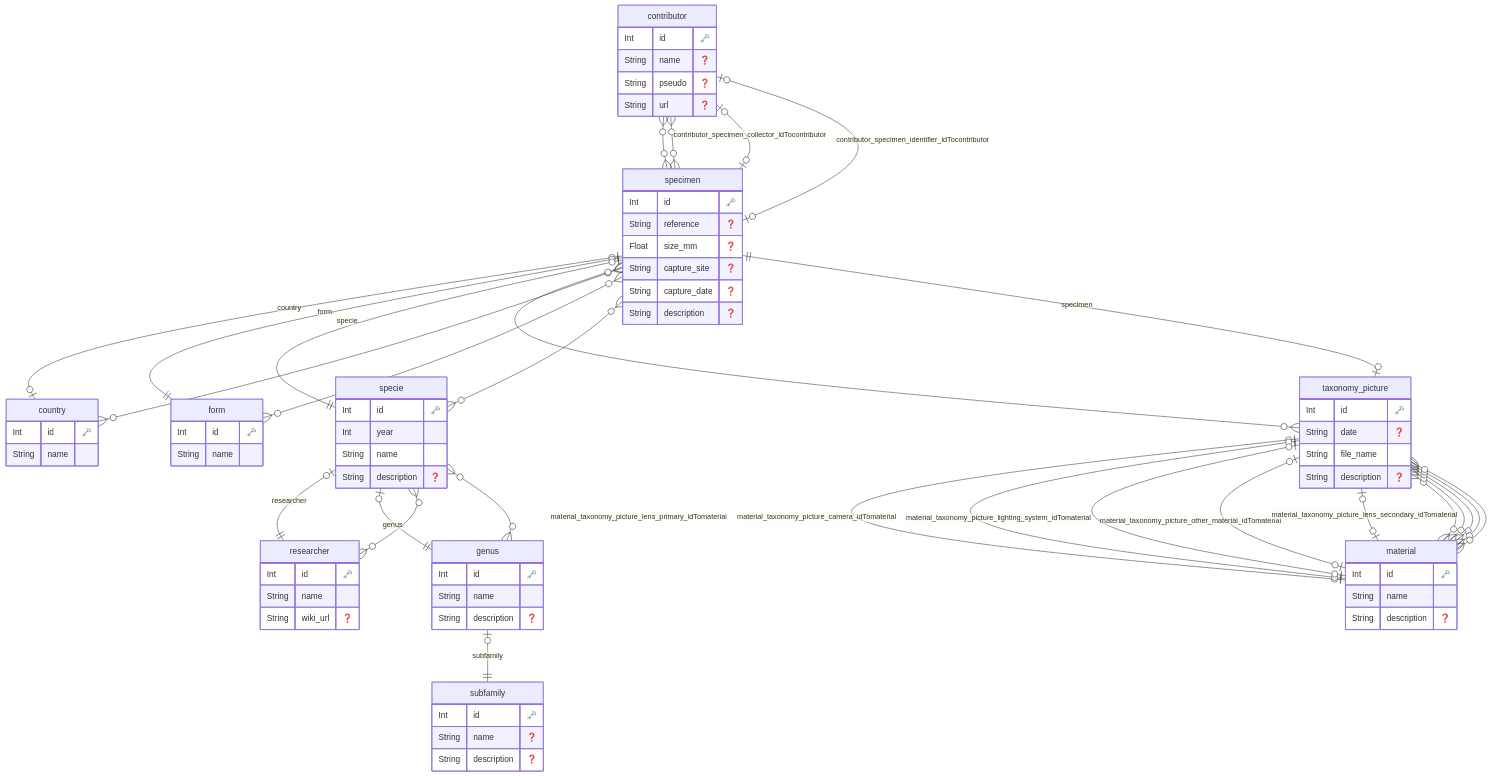
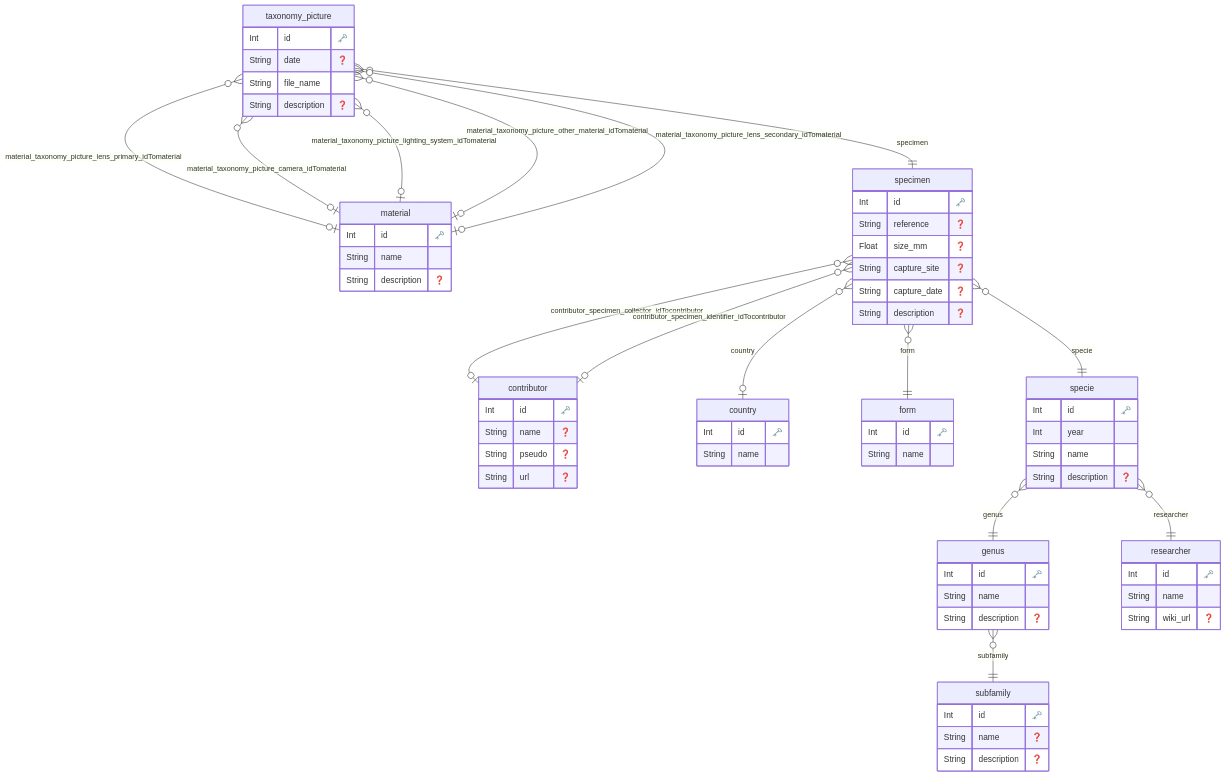
One commit to Cedric-ruiu/myrmecophoto-vue changed the diagram in prisma/ERD.md. Above: the diagram before and after it, drawn with Mermaid. The commit also changed 10 other files, not shown here.

````diff
--- a/prisma/ERD.md
+++ b/prisma/ERD.md
@@ -74,31 +74,18 @@
     String description "❓"
     }
   
-    "contributor" o{--}o "specimen" : ""
-    "contributor" o{--}o "specimen" : ""
-    "country" o{--}o "specimen" : ""
-    "form" o{--}o "specimen" : ""
-    "genus" o|--|| "subfamily" : "subfamily"
-    "genus" o{--}o "specie" : ""
-    "material" o{--}o "taxonomy_picture" : ""
-    "material" o{--}o "taxonomy_picture" : ""
-    "material" o{--}o "taxonomy_picture" : ""
-    "material" o{--}o "taxonomy_picture" : ""
-    "material" o{--}o "taxonomy_picture" : ""
-    "researcher" o{--}o "specie" : ""
-    "specie" o|--|| "researcher" : "researcher"
-    "specie" o|--|| "genus" : "genus"
-    "specie" o{--}o "specimen" : ""
-    "specimen" o|--|o "country" : "country"
-    "specimen" o|--|| "form" : "form"
-    "specimen" o|--|o "contributor" : "contributor_specimen_collector_idTocontributor"
-    "specimen" o|--|| "specie" : "specie"
-    "specimen" o|--|o "contributor" : "contributor_specimen_identifier_idTocontributor"
-    "specimen" o{--}o "taxonomy_picture" : ""
-    "taxonomy_picture" o|--|o "material" : "material_taxonomy_picture_lens_primary_idTomaterial"
-    "taxonomy_picture" o|--|o "material" : "material_taxonomy_picture_camera_idTomaterial"
-    "taxonomy_picture" o|--|o "material" : "material_taxonomy_picture_lighting_system_idTomaterial"
-    "taxonomy_picture" o|--|| "specimen" : "specimen"
-    "taxonomy_picture" o|--|o "material" : "material_taxonomy_picture_other_material_idTomaterial"
-    "taxonomy_picture" o|--|o "material" : "material_taxonomy_picture_lens_secondary_idTomaterial"
+    "genus" }o--|| "subfamily" : "subfamily"
+    "specie" }o--|| "researcher" : "researcher"
+    "specie" }o--|| "genus" : "genus"
+    "specimen" }o--|o "country" : "country"
+    "specimen" }o--|| "form" : "form"
+    "specimen" }o--|o "contributor" : "contributor_specimen_collector_idTocontributor"
+    "specimen" }o--|| "specie" : "specie"
+    "specimen" }o--|o "contributor" : "contributor_specimen_identifier_idTocontributor"
+    "taxonomy_picture" }o--|o "material" : "material_taxonomy_picture_lens_primary_idTomaterial"
+    "taxonomy_picture" }o--|o "material" : "material_taxonomy_picture_camera_idTomaterial"
+    "taxonomy_picture" }o--|o "material" : "material_taxonomy_picture_lighting_system_idTomaterial"
+    "taxonomy_picture" }o--|| "specimen" : "specimen"
+    "taxonomy_picture" }o--|o "material" : "material_taxonomy_picture_other_material_idTomaterial"
+    "taxonomy_picture" }o--|o "material" : "material_taxonomy_picture_lens_secondary_idTomaterial"
 ```
````
